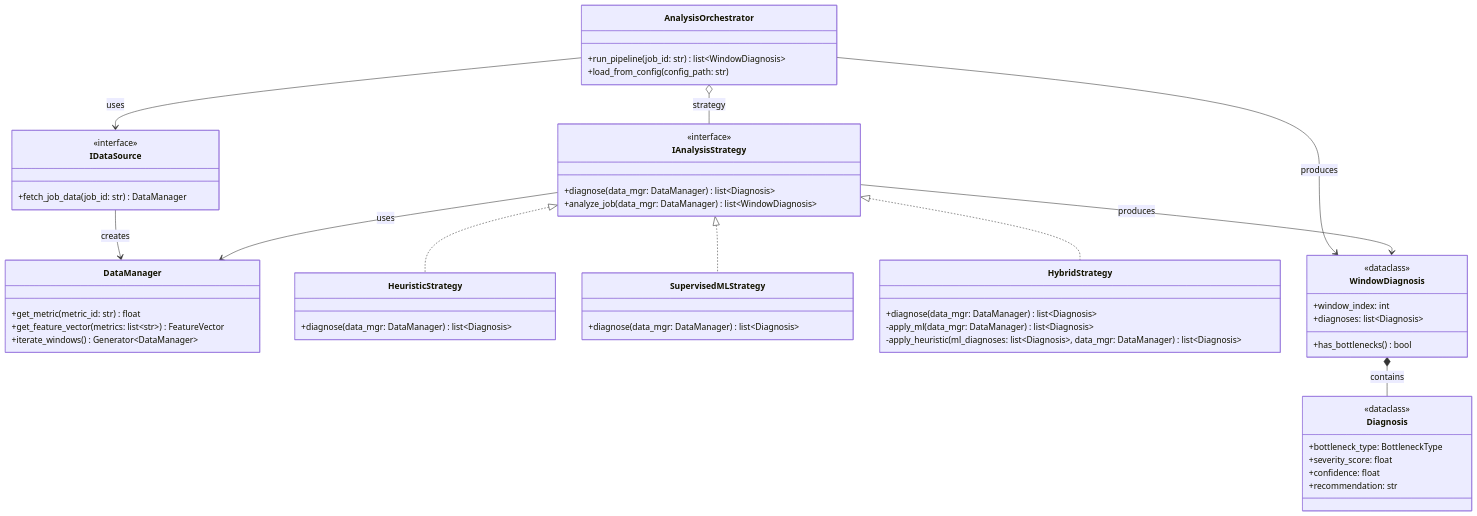
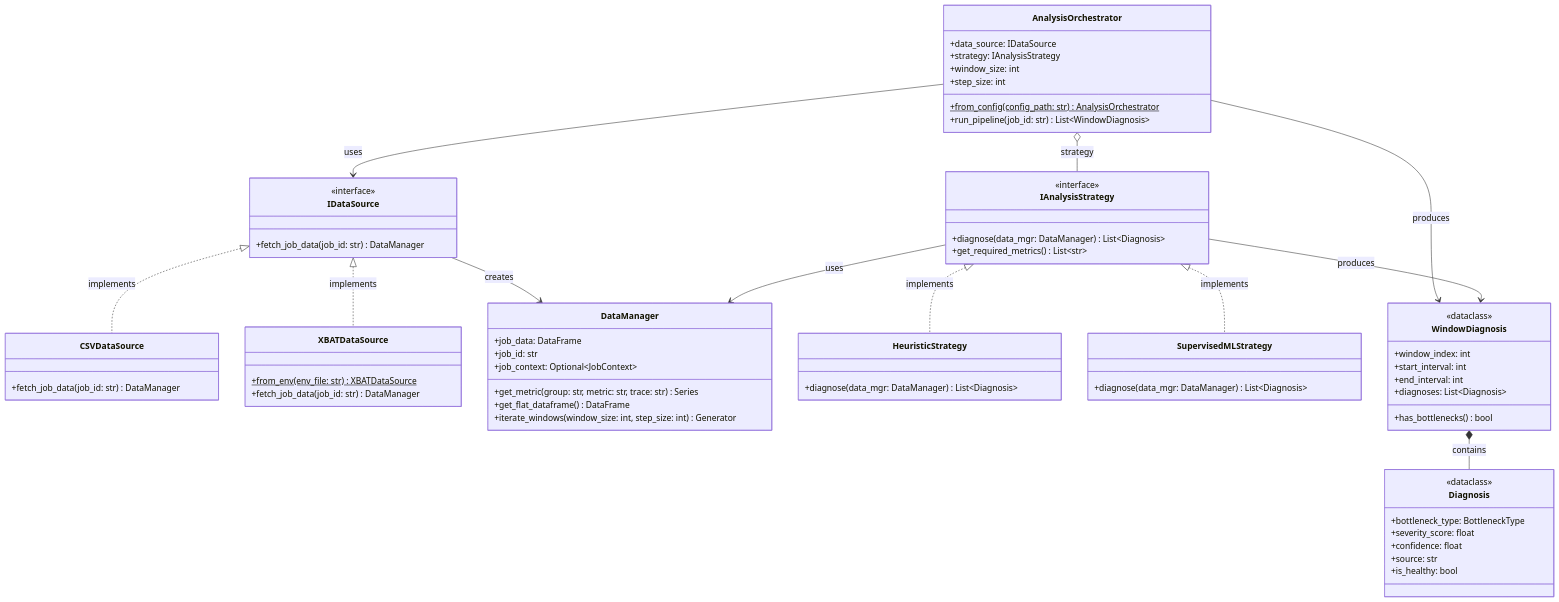
One commit to Crippius/hpc-bottleneck-detector changed the diagram in docs/class-diagrams/1-overview.mmd. Above: the diagram before and after it, drawn with Mermaid. The commit also changed 6 other files, not shown here.

Commit message:
docs: Updated class diagrams

```diff
--- a/docs/class-diagrams/1-overview.mmd
+++ b/docs/class-diagrams/1-overview.mmd
@@ -1,73 +1,86 @@
 classDiagram
     %% ============================================
     %% HIGH-LEVEL OVERVIEW
     %% Focus: Main Components & Flow
     %% ============================================
-    
+
     class AnalysisOrchestrator {
-        +run_pipeline(job_id: str) list~WindowDiagnosis~
-        +load_from_config(config_path: str)
+        +data_source: IDataSource
+        +strategy: IAnalysisStrategy
+        +window_size: int
+        +step_size: int
+        +from_config(config_path: str) AnalysisOrchestrator$
+        +run_pipeline(job_id: str) List~WindowDiagnosis~
     }
 
     class IDataSource {
         <<interface>>
         +fetch_job_data(job_id: str) DataManager
     }
 
+    class CSVDataSource {
+        +fetch_job_data(job_id: str) DataManager
+    }
+
+    class XBATDataSource {
+        +from_env(env_file: str) XBATDataSource$
+        +fetch_job_data(job_id: str) DataManager
+    }
+
     class DataManager {
-        +get_metric(metric_id: str) float
-        +get_feature_vector(metrics: list~str~) FeatureVector
-        +iterate_windows() Generator~DataManager~
+        +job_data: DataFrame
+        +job_id: str
+        +job_context: Optional~JobContext~
+        +get_metric(group: str, metric: str, trace: str) Series
+        +get_flat_dataframe() DataFrame
+        +iterate_windows(window_size: int, step_size: int) Generator
     }
 
     class IAnalysisStrategy {
         <<interface>>
-        +diagnose(data_mgr: DataManager) list~Diagnosis~
-        +analyze_job(data_mgr: DataManager) list~WindowDiagnosis~
+        +diagnose(data_mgr: DataManager) List~Diagnosis~
+        +get_required_metrics() List~str~
     }
 
     class HeuristicStrategy {
-        +diagnose(data_mgr: DataManager) list~Diagnosis~
+        +diagnose(data_mgr: DataManager) List~Diagnosis~
     }
 
     class SupervisedMLStrategy {
-        +diagnose(data_mgr: DataManager) list~Diagnosis~
-    }
-
-    class HybridStrategy {
-        +diagnose(data_mgr: DataManager) list~Diagnosis~
-        -apply_ml(data_mgr: DataManager) list~Diagnosis~
-        -apply_heuristic(ml_diagnoses: list~Diagnosis~, data_mgr: DataManager) list~Diagnosis~
+        +diagnose(data_mgr: DataManager) List~Diagnosis~
     }
 
     class WindowDiagnosis {
         <<dataclass>>
         +window_index: int
-        +diagnoses: list~Diagnosis~
+        +start_interval: int
+        +end_interval: int
+        +diagnoses: List~Diagnosis~
         +has_bottlenecks() bool
     }
 
     class Diagnosis {
         <<dataclass>>
         +bottleneck_type: BottleneckType
         +severity_score: float
         +confidence: float
-        +recommendation: str
+        +source: str
+        +is_healthy: bool
     }
-
 
     %% Relationships
     AnalysisOrchestrator --> IDataSource : uses
     AnalysisOrchestrator o-- IAnalysisStrategy : strategy
     AnalysisOrchestrator --> WindowDiagnosis : produces
 
+    IDataSource <|.. CSVDataSource : implements
+    IDataSource <|.. XBATDataSource : implements
     IDataSource --> DataManager : creates
 
-    IAnalysisStrategy <|.. HeuristicStrategy
-    IAnalysisStrategy <|.. SupervisedMLStrategy
-    IAnalysisStrategy <|.. HybridStrategy
+    IAnalysisStrategy <|.. HeuristicStrategy : implements
+    IAnalysisStrategy <|.. SupervisedMLStrategy : implements
 
     IAnalysisStrategy --> DataManager : uses
     IAnalysisStrategy --> WindowDiagnosis : produces
 
     WindowDiagnosis *-- Diagnosis : contains
```
